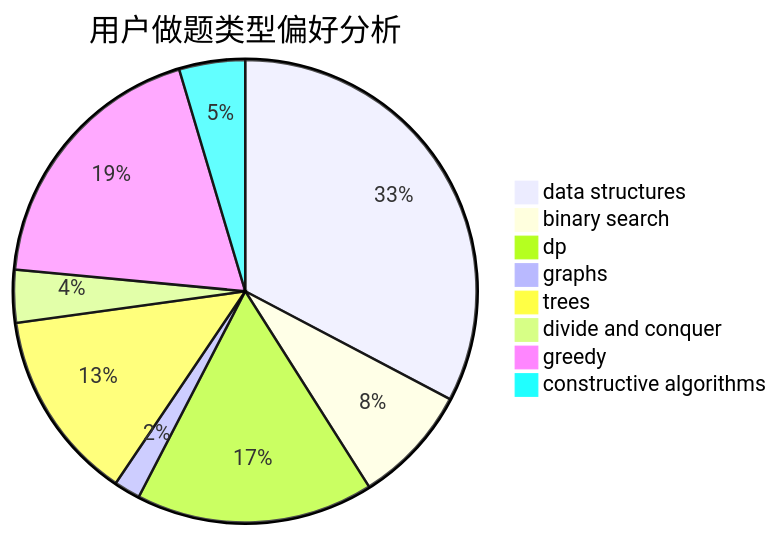
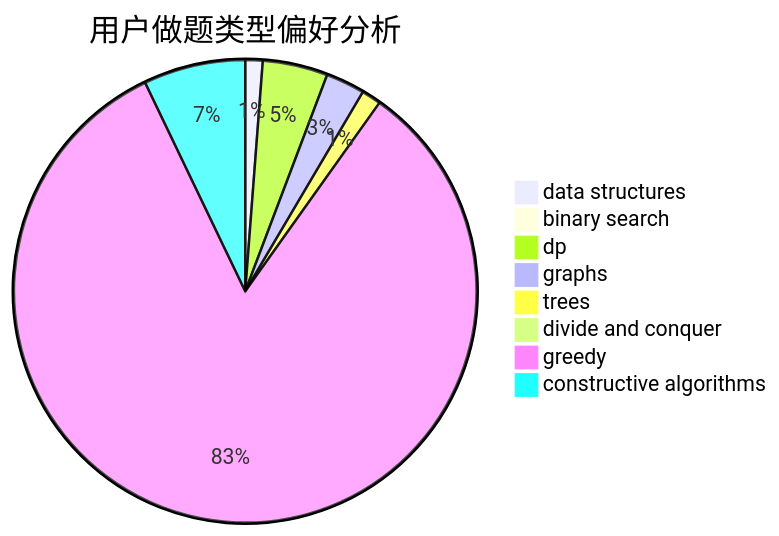
The second of 3 diagrams in docs/user/u1138.md (sherpahu/cfrs.github.io), drawn with Mermaid before and after one commit. The commit also changed other lines of this file and 2770 other files, not shown here.

````diff
--- a/docs/user/u1138.md
+++ b/docs/user/u1138.md
@@ -23,11 +23,11 @@
 ```mermaid
 pie title 用户做题类型偏好分析
-    "data structures" :  71
-    "binary search" :  18
-    "dp" :  36
-    "graphs" :  4
-    "trees" :  29
-    "divide and conquer" :  8
-    "greedy" :  41
-    "constructive algorithms" :  10
+    "data structures" :  8
+    "binary search" :  2
+    "dp" :  30
+    "graphs" :  18
+    "trees" :  9
+    "divide and conquer" :  0
+    "greedy" :  548
+    "constructive algorithms" :  47
 ```
````
